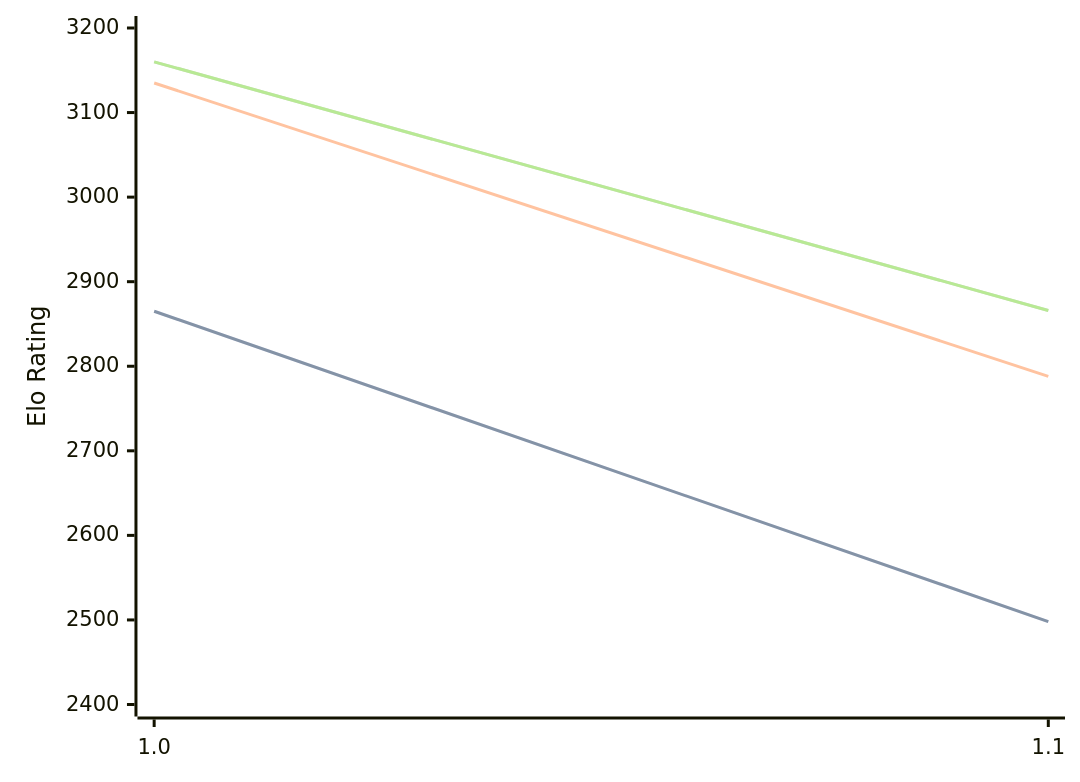
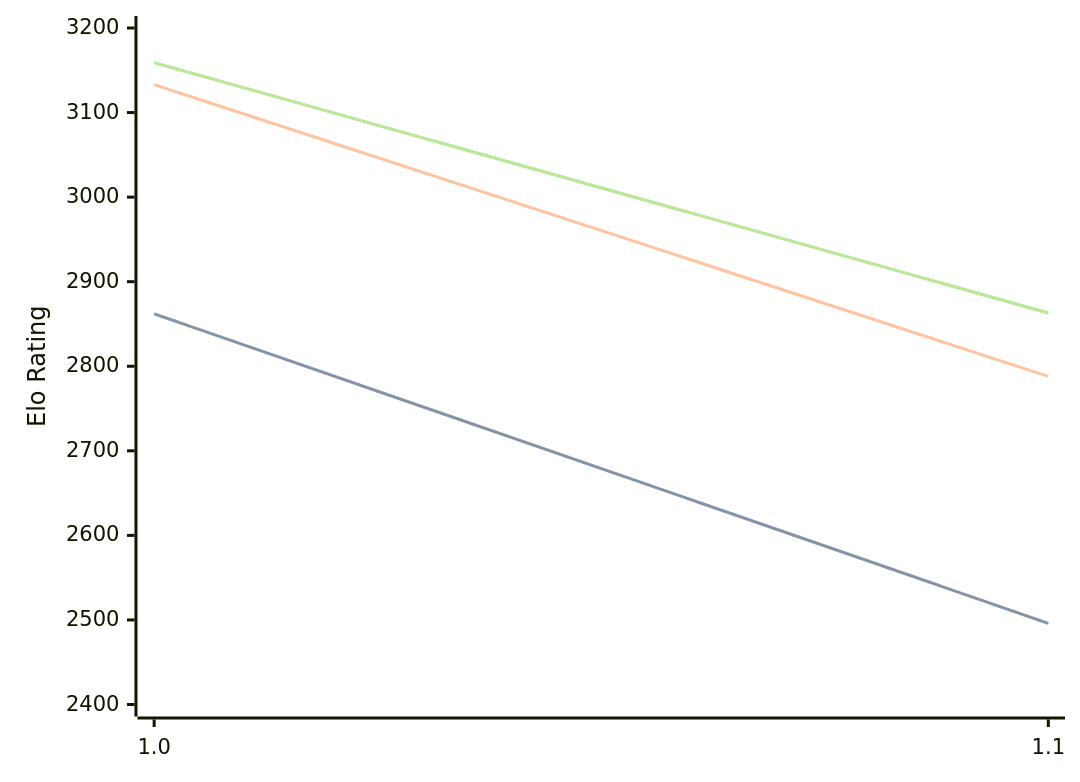
One commit to computer-chess-index/cci changed the diagram in engines/Publius.md. Above: the diagram before and after it, drawn with Mermaid. The commit also changed other lines of this file, not shown here.

Commit message:
Update CCI Ratings (ELO VLTC) - 2026-03-31

````diff
--- a/engines/Publius.md
+++ b/engines/Publius.md
@@ -32,11 +32,11 @@
 ```mermaid
 %%{init: {"theme":"base","themeVariables":{"seriesColors:['#a3a3a3','#222221','#faa371']}}}%%
 xychart-beta
   x-axis ["1.0", "1.1"]
   y-axis "Elo Rating" 2400 --> 3200
-  line "STC (8.0+0.08s)" [2865, 2498]
-  line "STC (8.0+0.08s)" [2865, 2498]
-  line "LTC (60.0+0.60s)" [3135, 2788]
-  line "VLTC (2m24s+1.12s)" [3160, 2866]
-  line "VLTC (2m24s+1.12s)" [3160, 2866]
+  line "STC (8.0+0.08s)" [2862, 2496]
+  line "STC (8.0+0.08s)" [2862, 2496]
+  line "LTC (60.0+0.60s)" [3133, 2788]
+  line "VLTC (2m24s+1.12s)" [3159, 2863]
+  line "VLTC (2m24s+1.12s)" [3159, 2863]
 ```
````
